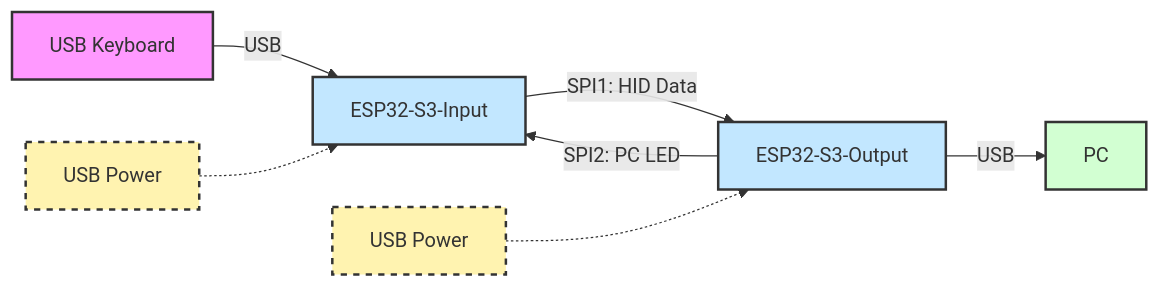
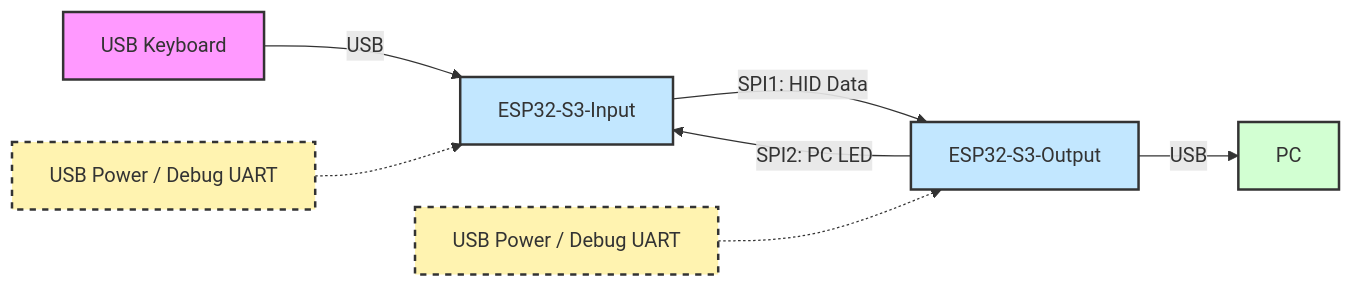
Before and after one commit to arfevrier/macroPassthrough: the diagram in README.md, drawn with Mermaid.

Commit message:
fix: diagram usb connection

````diff
--- a/README.md
+++ b/README.md
@@ -48,27 +48,27 @@
 ```mermaid
 flowchart LR
     KBD[USB Keyboard]
     ESPIN[ESP32-S3-Input]
     ESPOUT[ESP32-S3-Output]
     PC[PC]
     KBD -- USB --> ESPIN
     ESPIN -- SPI1: HID Data --> ESPOUT
     ESPOUT -- SPI2: PC LED --> ESPIN
     ESPOUT -- USB --> PC
-    USBPWR1[USB Power] -.-> ESPIN
-    USBPWR2[USB Power] -.-> ESPOUT
+    USBPWR1[USB Power / Debug UART] -.-> ESPIN
+    USBPWR2[USB Power / Debug UART] -.-> ESPOUT
 
     %% Node classes
     classDef keyboard fill:#f9f,stroke:#333,stroke-width:2px;
     classDef input fill:#c2e7ff,stroke:#333,stroke-width:2px;
     classDef output fill:#c2e7ff,stroke:#333,stroke-width:2px;
     classDef pc fill:#d2ffd2,stroke:#333,stroke-width:2px;
     classDef power fill:#fff3b0,stroke:#333,stroke-width:2px,stroke-dasharray: 5 5;
 
     class KBD keyboard;
     class ESPIN input;
     class ESPOUT output;
     class PC pc;
     class USBPWR1 power;
     class USBPWR2 power;
 ```
````
